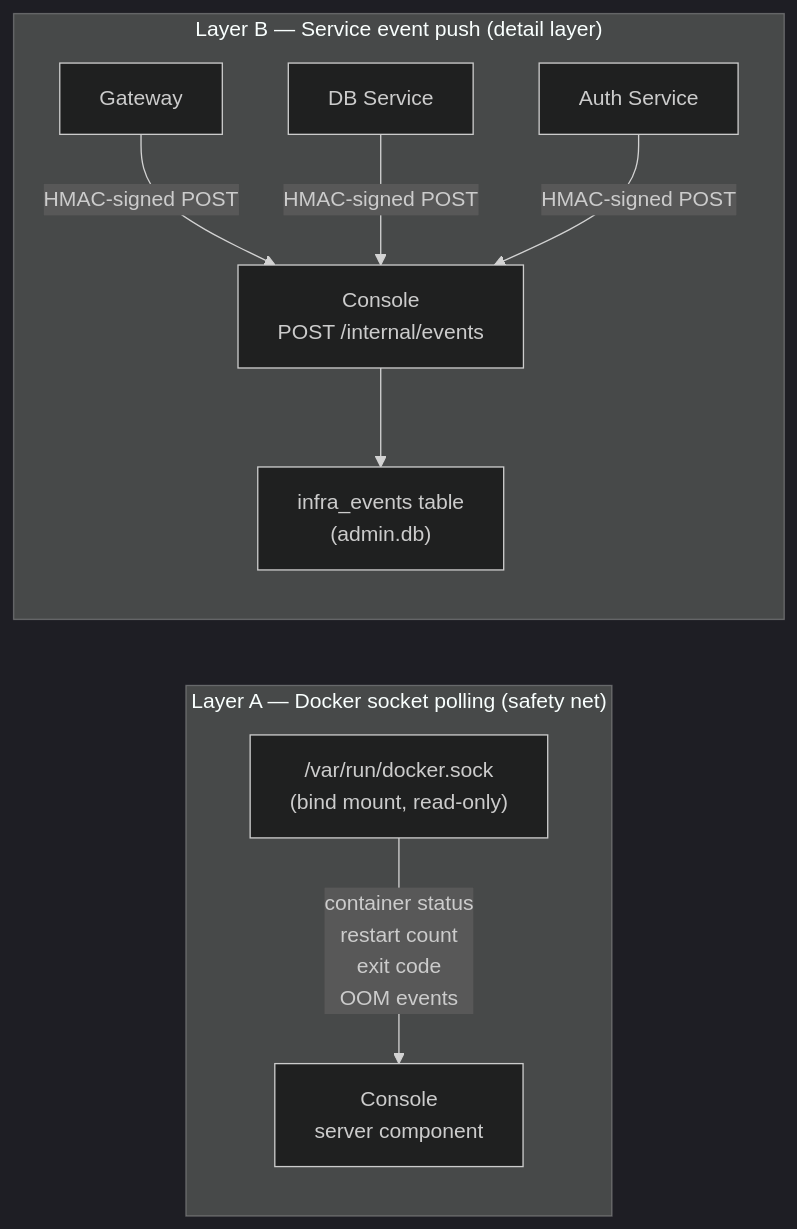
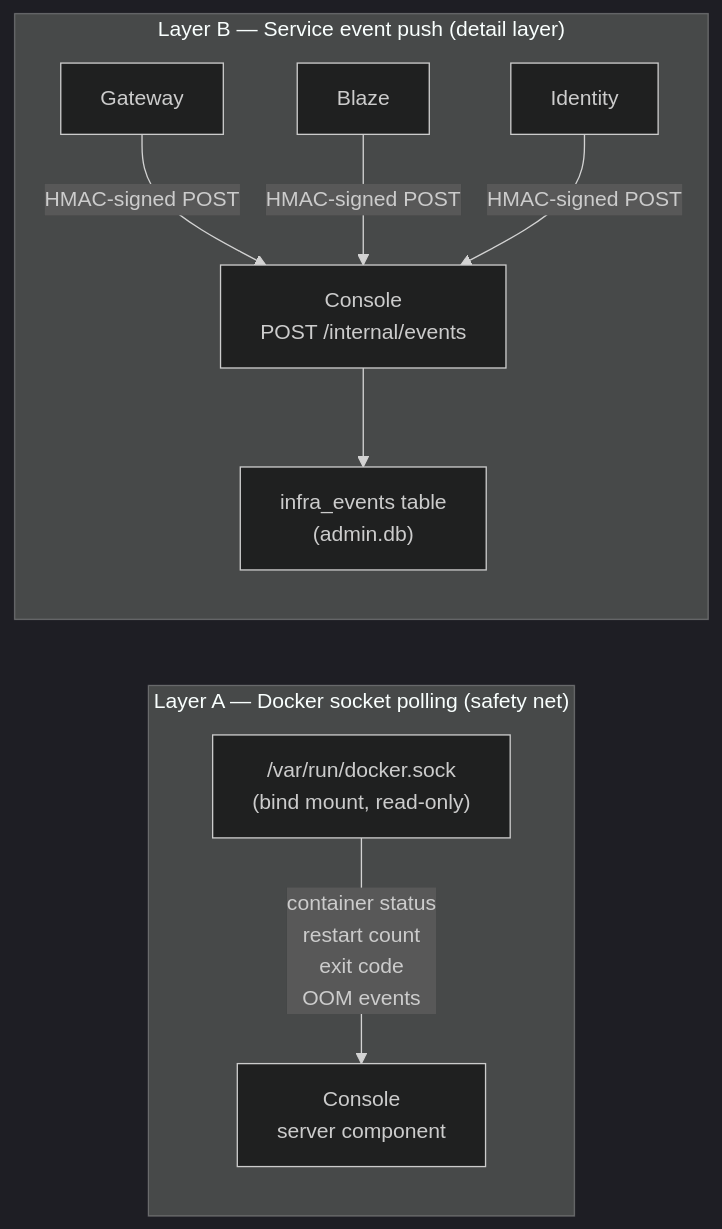
Before and after one commit to NabilMouzouna/NubleStation: the tenth of 11 diagrams in docs/documentation/install-to-console-flow.md, drawn with Mermaid (dark theme). The commit also changed other lines of this file and 10 other files, not shown here.

First line of the commit message:
docs: rename services to v1 codenames (blaze, identity, vault, orbit)

````diff
--- a/docs/documentation/install-to-console-flow.md
+++ b/docs/documentation/install-to-console-flow.md
@@ -404,21 +404,21 @@
 ```mermaid
 graph LR
     subgraph Layer A ["Layer A — Docker socket polling (safety net)"]
         DockerSock["/var/run/docker.sock\n(bind mount, read-only)"]
         ConsoleA["Console\nserver component"]
         DockerSock -->|"container status\nrestart count\nexit code\nOOM events"| ConsoleA
     end
 
     subgraph Layer B ["Layer B — Service event push (detail layer)"]
         GW["Gateway"]
-        DB["DB Service"]
-        Auth["Auth Service"]
+        Blaze["Blaze"]
+        Identity["Identity"]
         ConsoleB["Console\nPOST /internal/events"]
         InfraEvents["infra_events table\n(admin.db)"]
 
         GW -->|"HMAC-signed POST"| ConsoleB
-        DB -->|"HMAC-signed POST"| ConsoleB
-        Auth -->|"HMAC-signed POST"| ConsoleB
+        Blaze -->|"HMAC-signed POST"| ConsoleB
+        Identity -->|"HMAC-signed POST"| ConsoleB
         ConsoleB --> InfraEvents
     end
 ```
````
